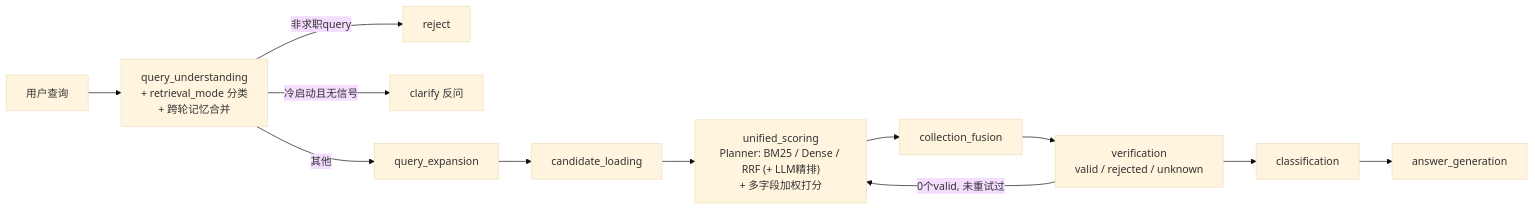
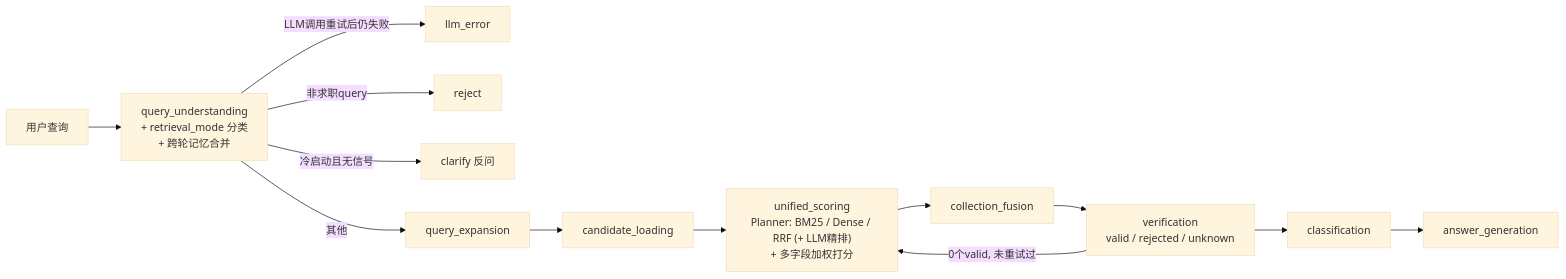
One commit to z8ri/job-intelligence-agent changed the diagram in README.zh-CN.md. Above: the diagram before and after it, drawn with Mermaid (base theme). The commit also changed other lines of this file and 15 other files, not shown here.

````diff
--- a/README.zh-CN.md
+++ b/README.zh-CN.md
@@ -17,12 +17,13 @@
 ```mermaid
 flowchart LR
     Q[用户查询] --> QU["query_understanding<br/>+ retrieval_mode 分类<br/>+ 跨轮记忆合并"]
+    QU -- LLM调用重试后仍失败 --> LE[llm_error]
     QU -- 非求职query --> RJ[reject]
     QU -- 冷启动且无信号 --> CL[clarify 反问]
     QU -- 其他 --> QE[query_expansion] --> CA[candidate_loading]
     CA --> SC["unified_scoring<br/>Planner: BM25 / Dense / RRF (+ LLM精排)<br/>+ 多字段加权打分"]
     SC --> CF[collection_fusion]
     CF --> V["verification<br/>valid / rejected / unknown"]
     V -- 0个valid, 未重试过 --> SC
     V --> CT[classification] --> AG[answer_generation]
 ```
````
